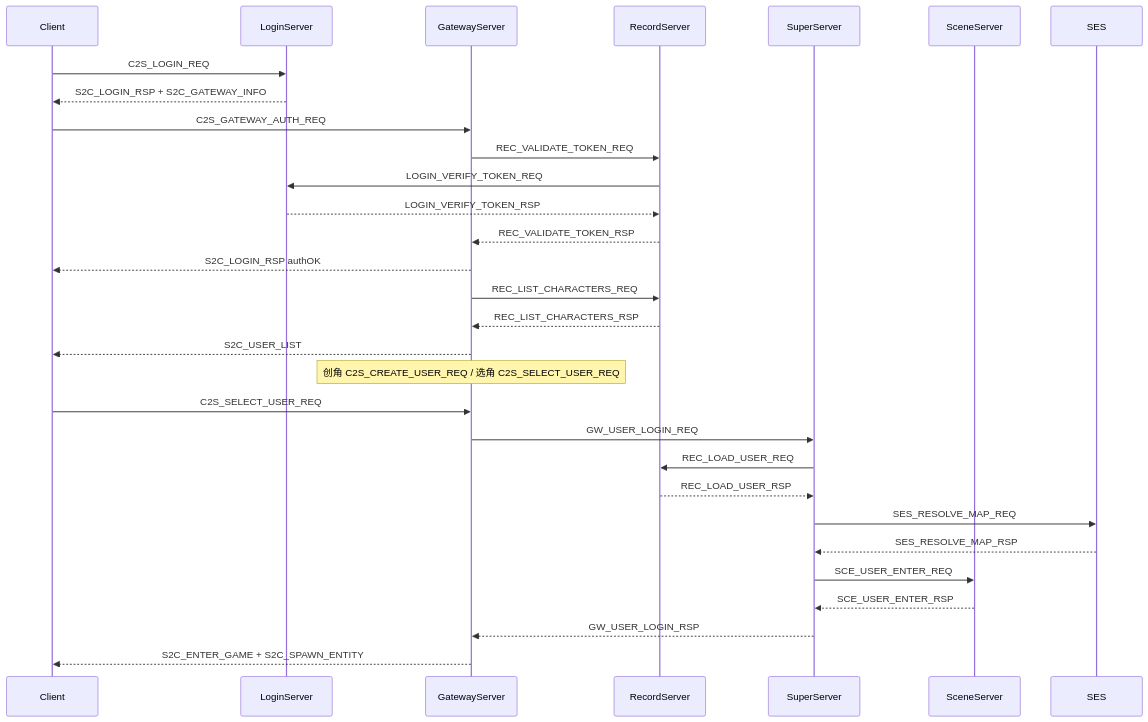
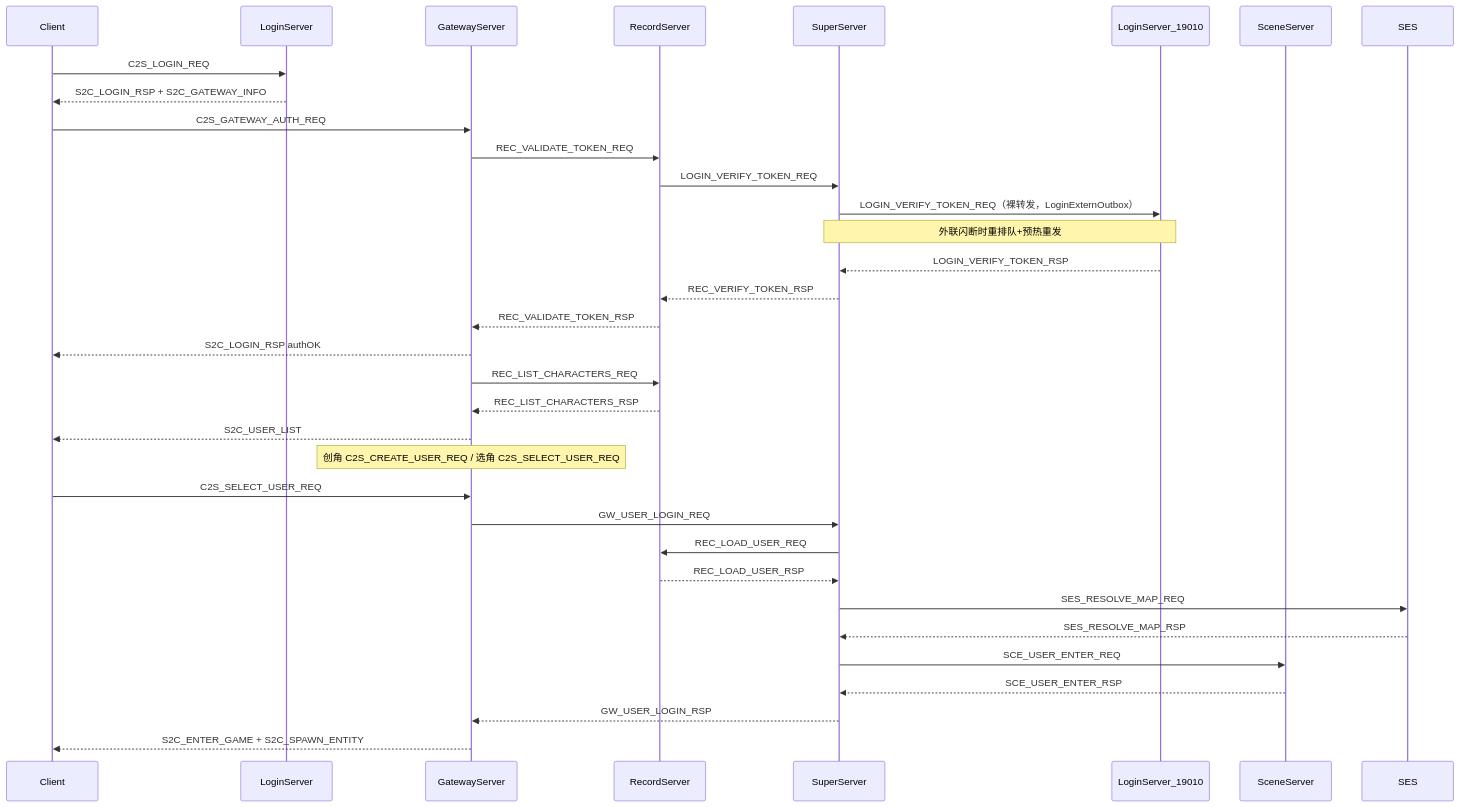
Before and after one commit to hechuangguo/RPG_Server: the fifth of 6 diagrams in docs/ARCHITECTURE.md, drawn with Mermaid. The commit also changed 62 other files, not shown here.

````diff
--- a/docs/ARCHITECTURE.md
+++ b/docs/ARCHITECTURE.md
@@ -393,32 +393,36 @@
 ```mermaid
 sequenceDiagram
     participant C as Client
     participant LS as LoginServer
     participant GW as GatewayServer
     participant REC as RecordServer
     participant SS as SuperServer
+    participant LReg as LoginServer_19010
     participant SCE as SceneServer
 
     C->>LS: C2S_LOGIN_REQ
     LS-->>C: S2C_LOGIN_RSP + S2C_GATEWAY_INFO
     C->>GW: C2S_GATEWAY_AUTH_REQ
     GW->>REC: REC_VALIDATE_TOKEN_REQ
-    REC->>LS: LOGIN_VERIFY_TOKEN_REQ
-    LS-->>REC: LOGIN_VERIFY_TOKEN_RSP
+    REC->>SS: LOGIN_VERIFY_TOKEN_REQ
+    SS->>LReg: LOGIN_VERIFY_TOKEN_REQ（裸转发，LoginExternOutbox）
+    Note over SS,LReg: 外联闪断时重排队+预热重发
+    LReg-->>SS: LOGIN_VERIFY_TOKEN_RSP
+    SS-->>REC: REC_VERIFY_TOKEN_RSP
     REC-->>GW: REC_VALIDATE_TOKEN_RSP
     GW-->>C: S2C_LOGIN_RSP authOK
     GW->>REC: REC_LIST_CHARACTERS_REQ
     REC-->>GW: REC_LIST_CHARACTERS_RSP
     GW-->>C: S2C_USER_LIST
     Note over GW: 创角 C2S_CREATE_USER_REQ / 选角 C2S_SELECT_USER_REQ
     C->>GW: C2S_SELECT_USER_REQ
     GW->>SS: GW_USER_LOGIN_REQ
     SS->>REC: REC_LOAD_USER_REQ
     REC-->>SS: REC_LOAD_USER_RSP
     SS->>SES: SES_RESOLVE_MAP_REQ
     SES-->>SS: SES_RESOLVE_MAP_RSP
     SS->>SCE: SCE_USER_ENTER_REQ
     SCE-->>SS: SCE_USER_ENTER_RSP
     SS-->>GW: GW_USER_LOGIN_RSP
     GW-->>C: S2C_ENTER_GAME + S2C_SPAWN_ENTITY
 ```
````
